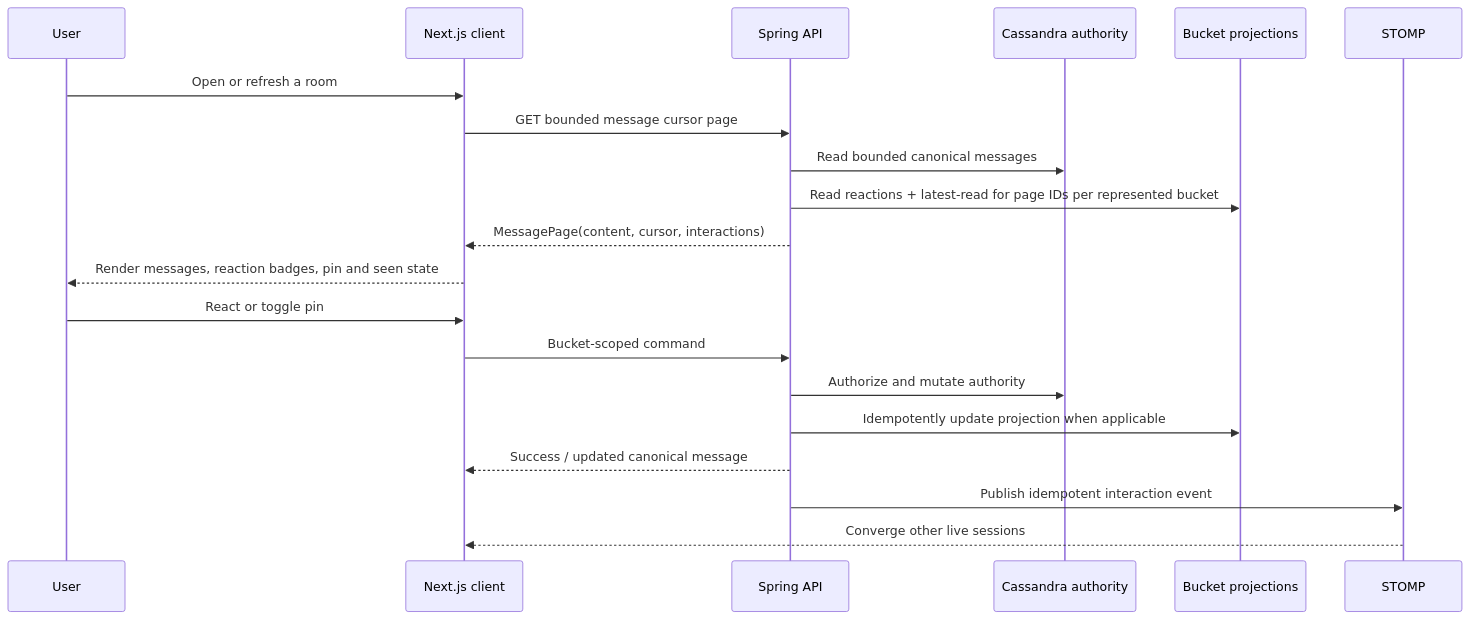
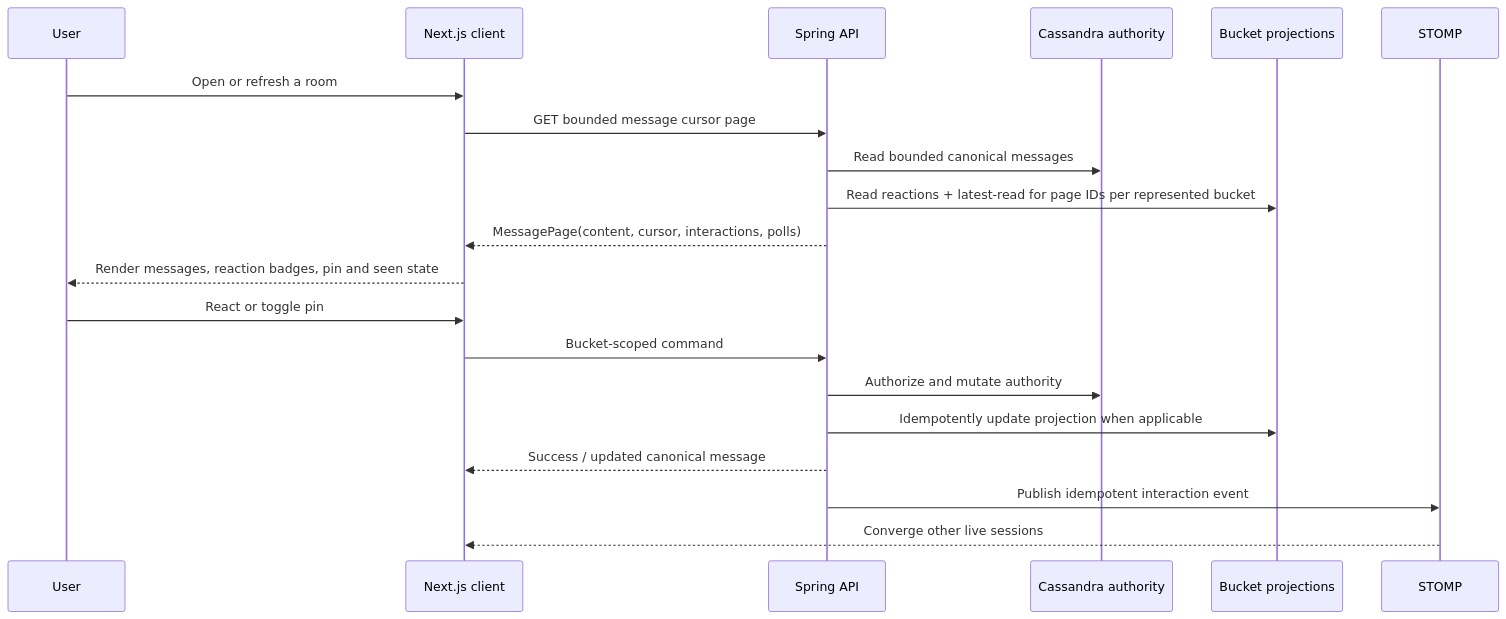
Before and after one commit to CaoNhatLinh/ChatApp: the first of 2 diagrams in docs/flows/message-interactions.md, drawn with Mermaid. The commit also changed 26 other files, not shown here.

````diff
--- a/docs/flows/message-interactions.md
+++ b/docs/flows/message-interactions.md
@@ -7,22 +7,22 @@
 ```mermaid
 sequenceDiagram
     participant U as User
     participant N as Next.js client
     participant S as Spring API
     participant C as Cassandra authority
     participant P as Bucket projections
     participant W as STOMP
     U->>N: Open or refresh a room
     N->>S: GET bounded message cursor page
     S->>C: Read bounded canonical messages
     S->>P: Read reactions + latest-read for page IDs per represented bucket
-    S-->>N: MessagePage(content, cursor, interactions)
+    S-->>N: MessagePage(content, cursor, interactions, polls)
     N-->>U: Render messages, reaction badges, pin and seen state
     U->>N: React or toggle pin
     N->>S: Bucket-scoped command
     S->>C: Authorize and mutate authority
     S->>P: Idempotently update projection when applicable
     S-->>N: Success / updated canonical message
     S->>W: Publish idempotent interaction event
     W-->>N: Converge other live sessions
 ```
````
